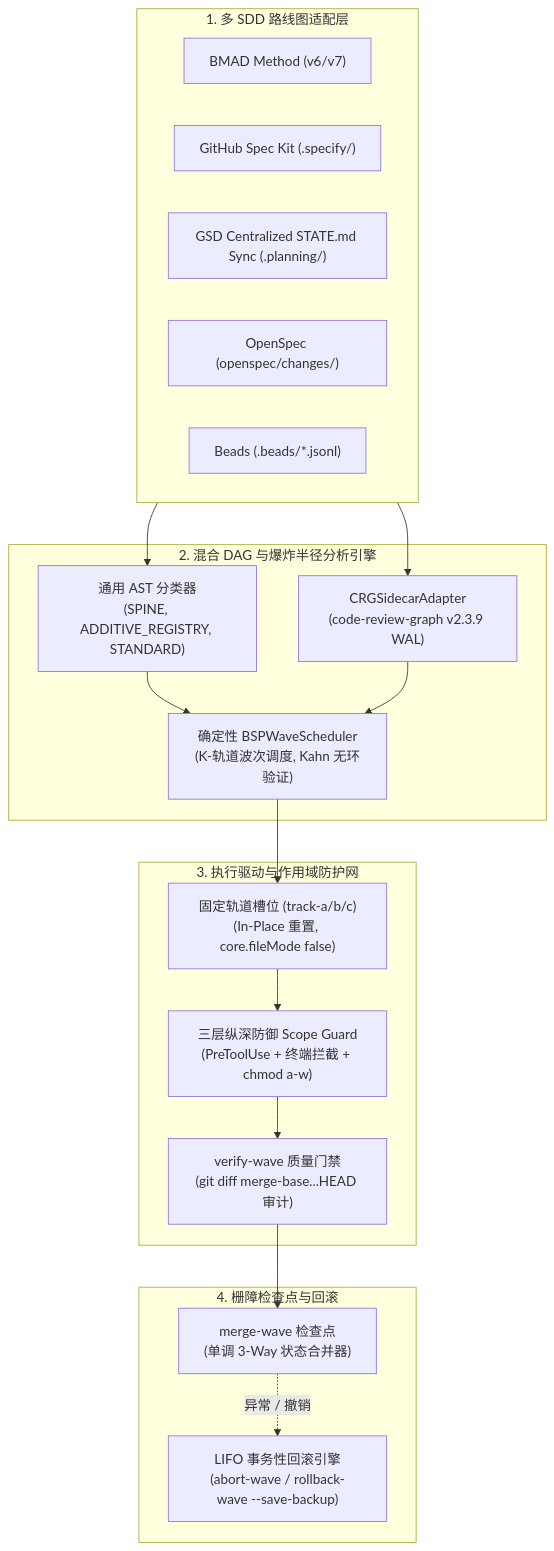
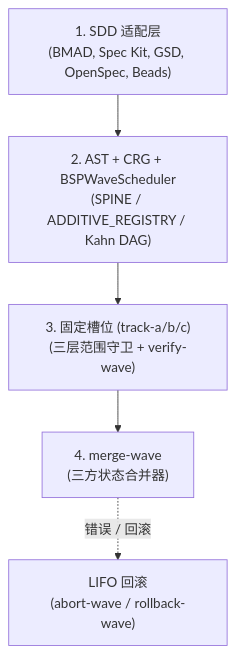
Before and after one commit to stopActingSoSmall/sdd-parallel: the diagram in docs/i18n/zh-CN/README.md, drawn with Mermaid. The commit also changed other lines of this file and 8 other files, not shown here.

````diff
--- a/docs/i18n/zh-CN/README.md
+++ b/docs/i18n/zh-CN/README.md
@@ -587,34 +238,7 @@
 ```mermaid
 flowchart TD
-    subgraph Inputs["1. 多 SDD 路线图适配层"]
-        BMAD["BMAD Method (v6/v7)"]
-        SpecKit["GitHub Spec Kit (.specify/)"]
-        GSD["GSD Centralized STATE.md Sync (.planning/)"]
-        OpenSpec["OpenSpec (openspec/changes/)"]
-        Beads["Beads (.beads/*.jsonl)"]
-    end
-
-    subgraph Engine["2. 混合 DAG 与爆炸半径分析引擎"]
-        AST["通用 AST 分类器\n(SPINE, ADDITIVE_REGISTRY, STANDARD)"]
-        CRG["CRGSidecarAdapter\n(code-review-graph v2.3.9 WAL)"]
-        BSP["确定性 BSPWaveScheduler\n(K-轨道波次调度, Kahn 无环验证)"]
-    end
-
-    subgraph Actuation["3. 执行驱动与作用域防护网"]
-        Slots["固定轨道槽位 (track-a/b/c)\n(In-Place 重置, core.fileMode false)"]
-        Guard["三层纵深防御 Scope Guard\n(PreToolUse + 终端拦截 + chmod a-w)"]
-        Verify["verify-wave 质量门禁\n(git diff merge-base...HEAD 审计)"]
-    end
-
-    subgraph Barrier["4. 栅障检查点与回滚"]
-        Merge["merge-wave 检查点\n(单调 3-Way 状态合并器)"]
-        Rollback["LIFO 事务性回滚引擎\n(abort-wave / rollback-wave --save-backup)"]
-    end
-
-    Inputs --> AST & CRG
-    AST & CRG --> BSP
-    BSP --> Slots
-    Slots --> Guard --> Verify
-    Verify --> Merge
-    Merge -. 异常 / 撤销 .-> Rollback
+    Inputs["1. SDD 适配层\n(BMAD, Spec Kit, GSD, OpenSpec, Beads)"] --> Engine["2. AST + CRG + BSPWaveScheduler\n(SPINE / ADDITIVE_REGISTRY / Kahn DAG)"]
+    Engine --> Actuation["3. 固定槽位 (track-a/b/c)\n(三层范围守卫 + verify-wave)"]
+    Actuation --> Barrier["4. merge-wave\n(三方状态合并器)"]
+    Barrier -. 错误 / 回滚 .-> Rollback["LIFO 回滚\n(abort-wave / rollback-wave)"]
 ```
````
